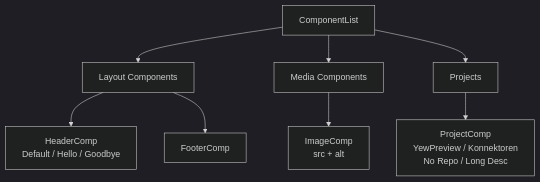
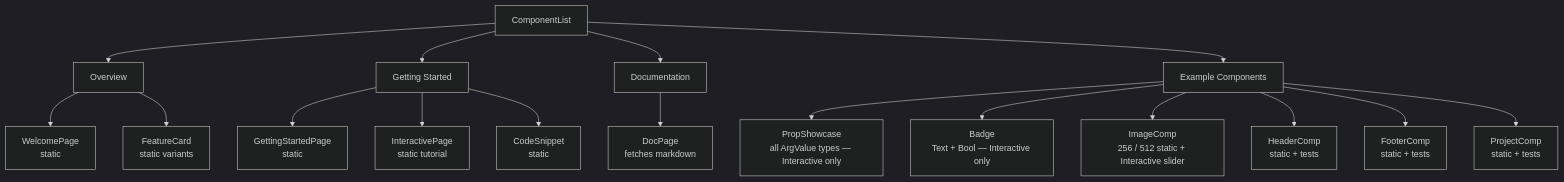
The diagram in docs/examples.md (chriamue/yew-preview), drawn with Mermaid (dark theme) before and after one commit. The commit also changed other lines of this file and 5 other files, not shown here.

````diff
--- a/docs/examples.md
+++ b/docs/examples.md
@@ -78,10 +23,23 @@
 ```mermaid
 graph TD
-    CL[ComponentList] --> G1[Layout Components]
-    CL --> G2[Media Components]
-    CL --> G3[Projects]
-    G1 --> H["HeaderComp\nDefault / Hello / Goodbye"]
-    G1 --> F[FooterComp]
-    G2 --> I["ImageComp\nsrc + alt"]
-    G3 --> P["ProjectComp\nYewPreview / Konnektoren\nNo Repo / Long Desc"]
+    CL[ComponentList] --> G1[Overview]
+    CL --> G2[Getting Started]
+    CL --> G3[Documentation]
+    CL --> G4[Example Components]
+
+    G1 --> WP[WelcomePage\nstatic]
+    G1 --> FC[FeatureCard\nstatic variants]
+
+    G2 --> GS[GettingStartedPage\nstatic]
+    G2 --> IP[InteractivePage\nstatic tutorial]
+    G2 --> CS[CodeSnippet\nstatic]
+
+    G3 --> DP[DocPage\nfetches markdown]
+
+    G4 --> PS["PropShowcase\nall ArgValue types — Interactive only"]
+    G4 --> BD["Badge\nText + Bool — Interactive only"]
+    G4 --> IC["ImageComp\n256 / 512 static + Interactive slider"]
+    G4 --> HC[HeaderComp\nstatic + tests]
+    G4 --> FT[FooterComp\nstatic + tests]
+    G4 --> PR[ProjectComp\nstatic + tests]
 ```
````
